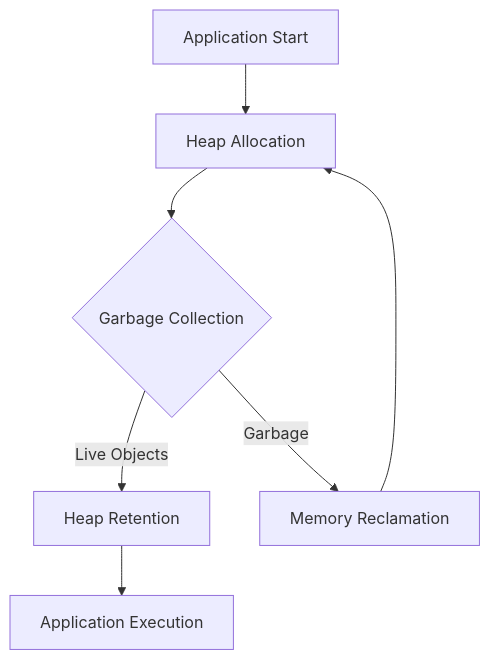
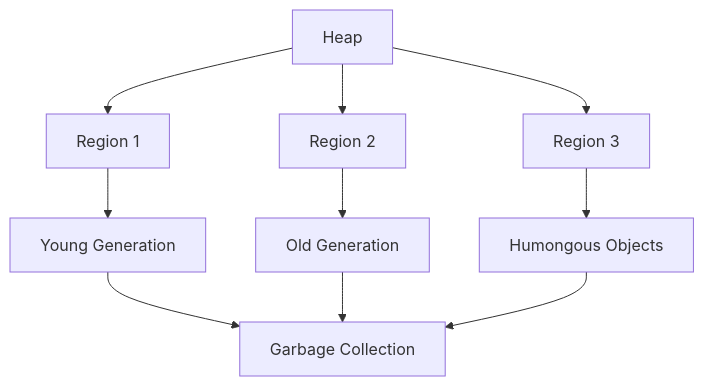
Before and after one commit to MasteryEducation/ClojureForJava.com: the diagram in content/3/22/2/index.md, drawn with Mermaid. The commit also changed other lines of this file and 74 other files, not shown here.

````diff
--- a/content/3/22/2/index.md
+++ b/content/3/22/2/index.md
@@ -150,9 +92,12 @@
 ```mermaid
-flowchart TD
-    A[Application Start] --> B[Heap Allocation]
-    B --> C{Garbage Collection}
-    C -->|Live Objects| D[Heap Retention]
-    C -->|Garbage| E[Memory Reclamation]
-    D --> F[Application Execution]
-    E --> B
+graph TD;
+    A[Heap] --> B[Region 1];
+    A --> C[Region 2];
+    A --> D[Region 3];
+    B --> E[Young Generation];
+    C --> F[Old Generation];
+    D --> G[Humongous Objects];
+    E --> H[Garbage Collection];
+    F --> H;
+    G --> H;
 ```
````
